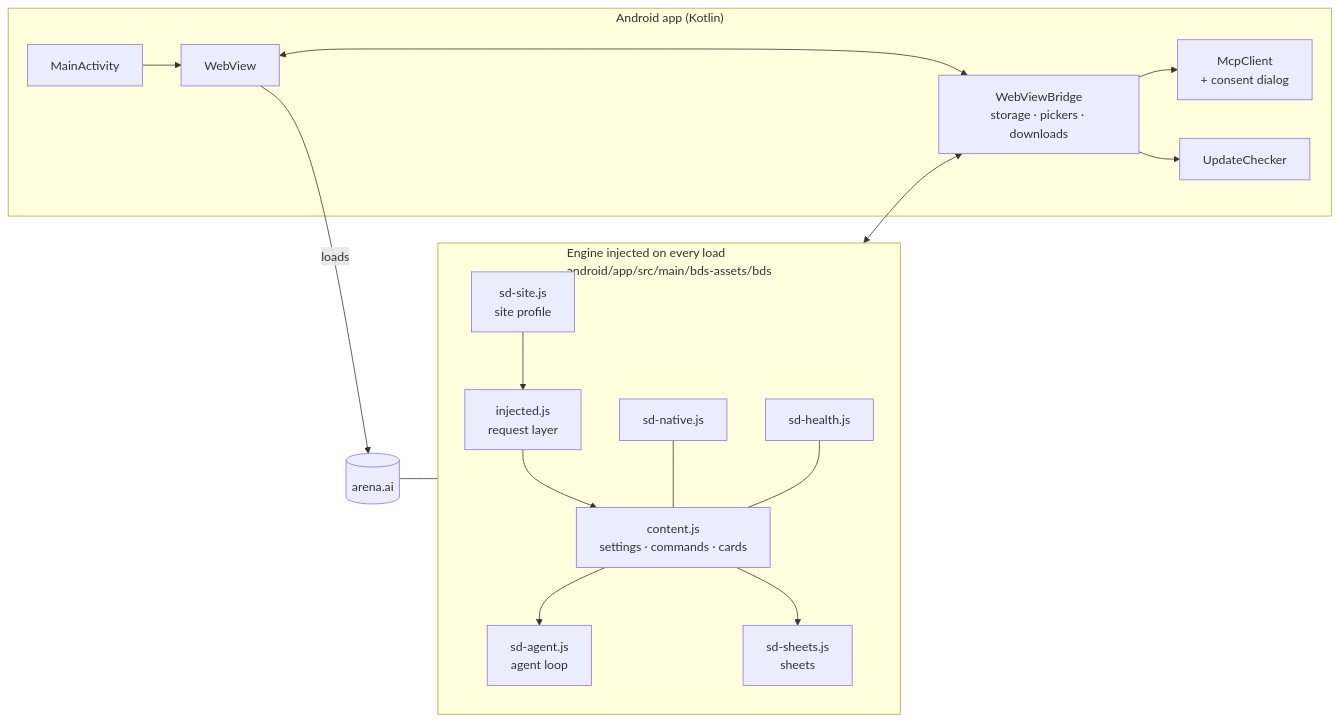
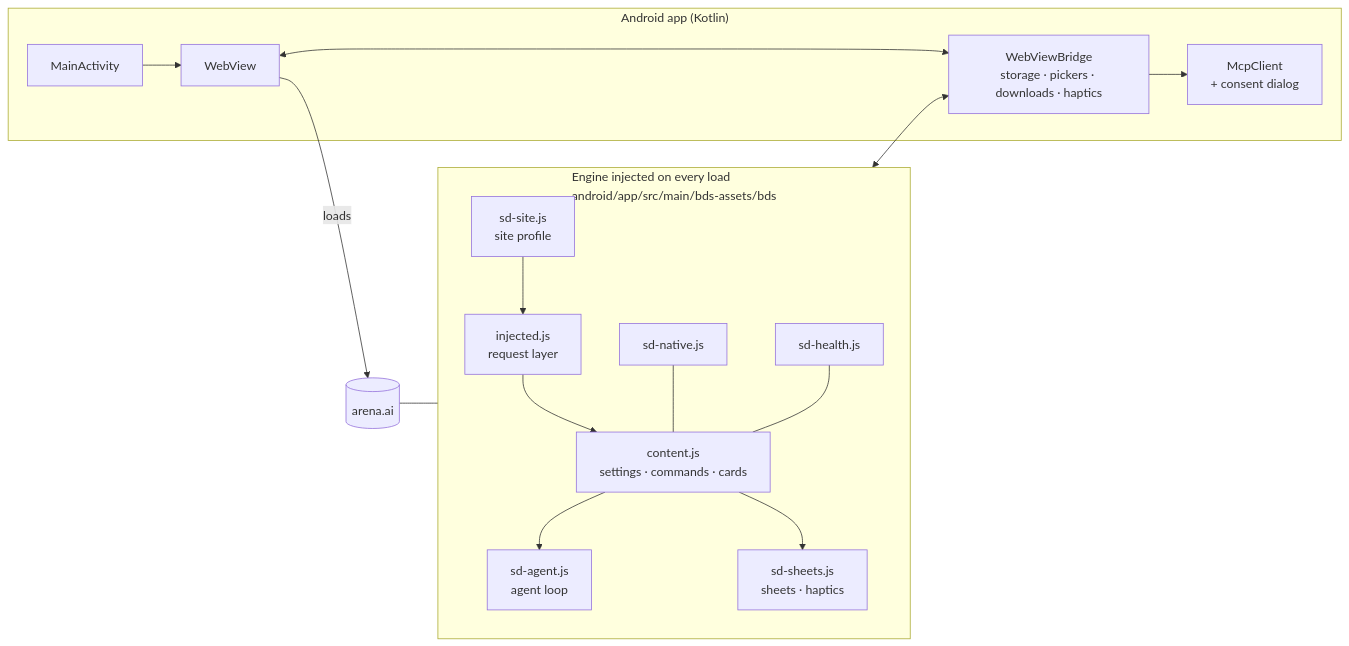
The diagram in README.md (themuhammad-personal/Arenapilot), drawn with Mermaid before and after one commit. The commit also changed other lines of this file and 32 other files, not shown here.

````diff
--- a/README.md
+++ b/README.md
@@ -80,20 +68,19 @@
 ```mermaid
 flowchart LR
   subgraph App["Android app (Kotlin)"]
     MA[MainActivity] --> WV[WebView]
-    WV <--> BR[WebViewBridge<br/>storage · pickers · downloads]
+    WV <--> BR[WebViewBridge<br/>storage · pickers · downloads · haptics]
     BR --> MCP[McpClient<br/>+ consent dialog]
-    BR --> UP[UpdateChecker]
   end
   WV -->|loads| ARENA[(arena.ai)]
   subgraph Engine["Engine injected on every load<br/>android/app/src/main/bds-assets/bds"]
     SITE[sd-site.js<br/>site profile] --> INJ[injected.js<br/>request layer]
     INJ --> CONTENT[content.js<br/>settings · commands · cards]
     CONTENT --> AGENT[sd-agent.js<br/>agent loop]
-    CONTENT --> SHEETS[sd-sheets.js<br/>sheets]
+    CONTENT --> SHEETS[sd-sheets.js<br/>sheets · haptics]
     NATIVE[sd-native.js] --- CONTENT
     HEALTH[sd-health.js] --- CONTENT
   end
   ARENA --- Engine
   Engine <--> BR
 ```
````
